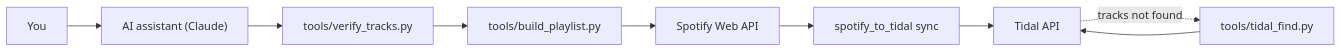
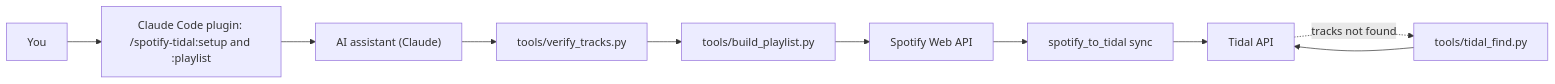
One commit to Nicolas6879/spotify_to_tidal changed the first of 3 diagrams in readme.md. Above: the diagram before and after it, drawn with Mermaid. The commit also changed other lines of this file and 1 other file, not shown here.

First line of the commit message:
Present the Claude Code plugin in the readme

````diff
--- a/readme.md
+++ b/readme.md
@@ -55,11 +95,12 @@
 ```mermaid
 flowchart LR
-    U["You"] --> AI["AI assistant (Claude)"]
+    U["You"] --> P["Claude Code plugin: /spotify-tidal:setup and :playlist"]
+    P --> AI["AI assistant (Claude)"]
     AI --> V["tools/verify_tracks.py"]
     V --> B["tools/build_playlist.py"]
     B --> SP["Spotify Web API"]
     SP --> S["spotify_to_tidal sync"]
     S --> T["Tidal API"]
     T -. "tracks not found" .-> F["tools/tidal_find.py"]
     F --> T
 ```
````
